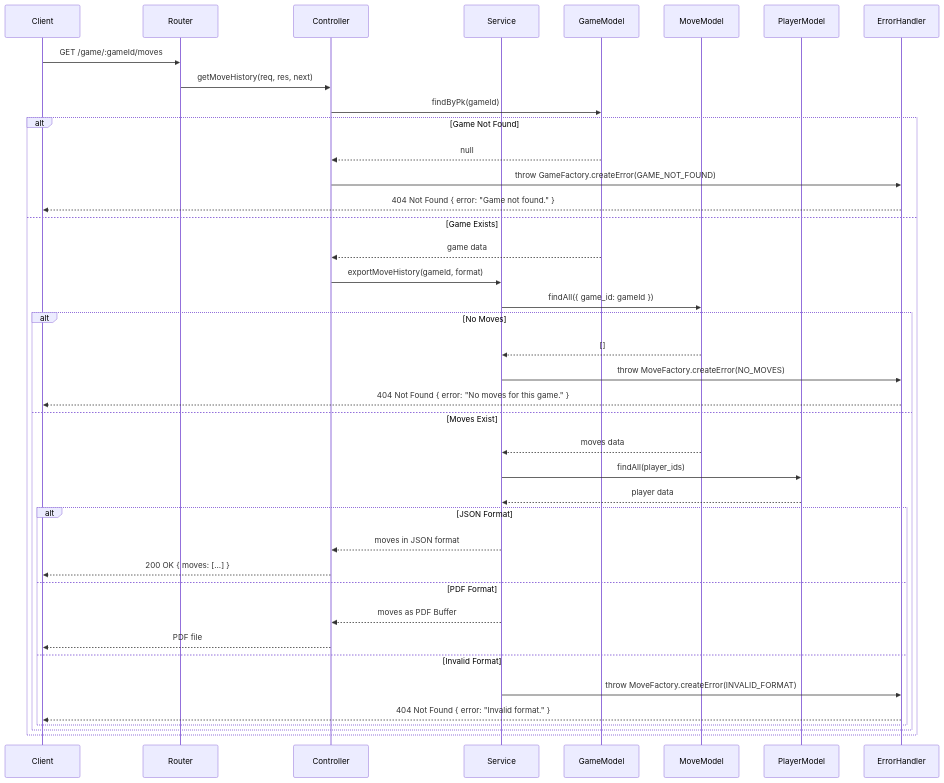
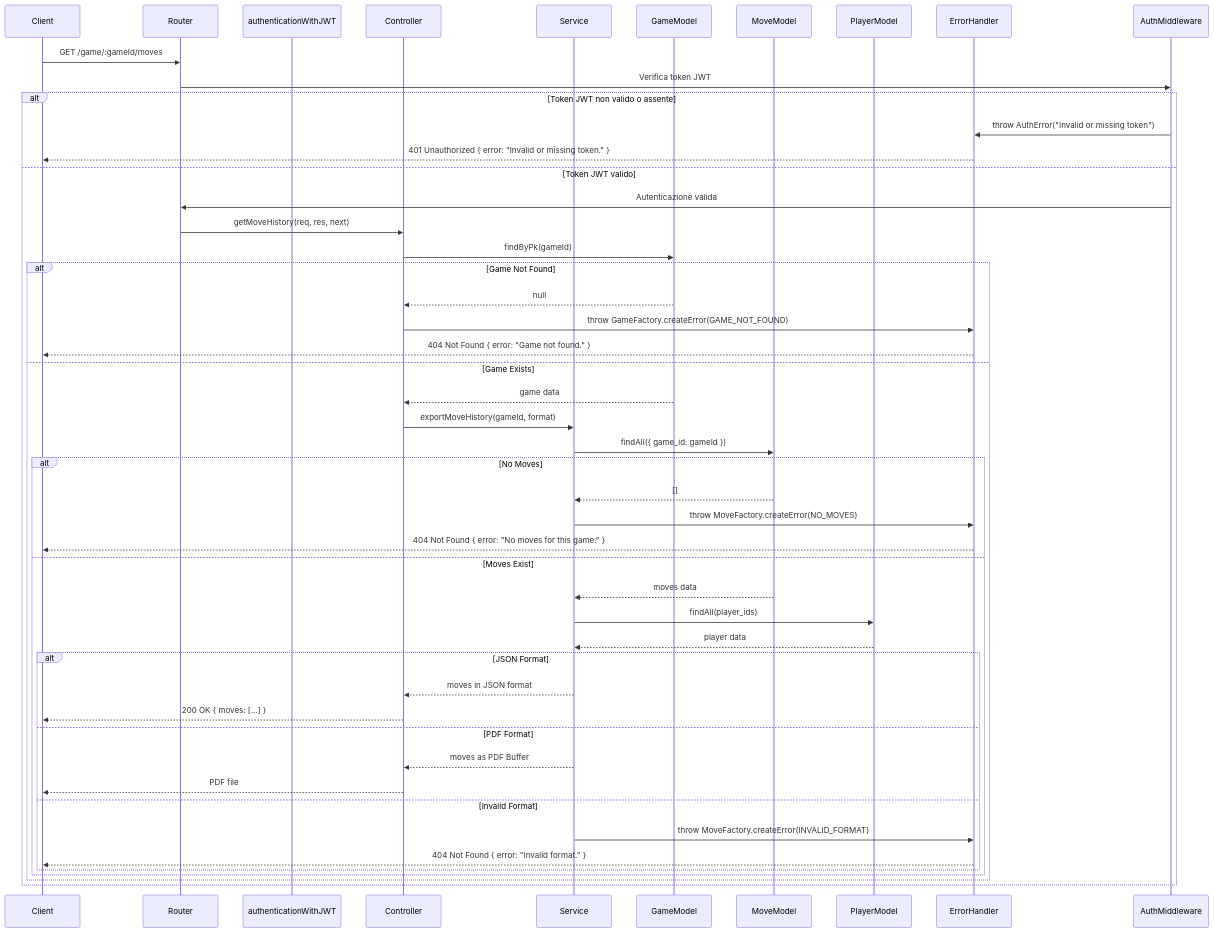
One commit to AndreaMarini01/progetto_PA changed the fifth of 12 diagrams in README.md. Above: the diagram before and after it, drawn with Mermaid. The commit also changed other lines of this file, not shown here.

````diff
--- a/README.md
+++ b/README.md
@@ -387,44 +387,53 @@
 ```mermaid
 sequenceDiagram
     participant Client
     participant Router
+    participant authMiddleware as authenticationWithJWT
     participant Controller
     participant Service
     participant GameModel
     participant MoveModel
     participant PlayerModel
     participant ErrorHandler
 
     Client->>Router: GET /game/:gameId/moves
-    Router->>Controller: getMoveHistory(req, res, next)
-    Controller->>GameModel: findByPk(gameId)
-    alt Game Not Found
-        GameModel-->>Controller: null
-        Controller->>ErrorHandler: throw GameFactory.createError(GAME_NOT_FOUND)
-        ErrorHandler-->>Client: 404 Not Found { error: "Game not found." }
-    else Game Exists
-        GameModel-->>Controller: game data
-        Controller->>Service: exportMoveHistory(gameId, format)
-        Service->>MoveModel: findAll({ game_id: gameId })
-        alt No Moves
-            MoveModel-->>Service: []
-            Service->>ErrorHandler: throw MoveFactory.createError(NO_MOVES)
-            ErrorHandler-->>Client: 404 Not Found { error: "No moves for this game." }
-        else Moves Exist
-            MoveModel-->>Service: moves data
-            Service->>PlayerModel: findAll(player_ids)
-            PlayerModel-->>Service: player data
-            alt JSON Format
-                Service-->>Controller: moves in JSON format
-                Controller-->>Client: 200 OK { moves: [...] }
-            else PDF Format
-                Service-->>Controller: moves as PDF Buffer
-                Controller-->>Client: PDF file
-            else Invalid Format
-                Service->>ErrorHandler: throw MoveFactory.createError(INVALID_FORMAT)
-                ErrorHandler-->>Client: 404 Not Found { error: "Invalid format." }
+    Router->>AuthMiddleware: Verifica token JWT
+    alt Token JWT non valido o assente
+        AuthMiddleware->>ErrorHandler: throw AuthError("Invalid or missing token")
+        ErrorHandler-->>Client: 401 Unauthorized { error: "Invalid or missing token." } 
+    else Token JWT valido
+        AuthMiddleware->>Router: Autenticazione valida
+        Router->>Controller: getMoveHistory(req, res, next)
+        Controller->>GameModel: findByPk(gameId)
+
+        alt Game Not Found
+            GameModel-->>Controller: null
+            Controller->>ErrorHandler: throw GameFactory.createError(GAME_NOT_FOUND)
+            ErrorHandler-->>Client: 404 Not Found { error: "Game not found." }
+        else Game Exists
+            GameModel-->>Controller: game data
+            Controller->>Service: exportMoveHistory(gameId, format)
+            Service->>MoveModel: findAll({ game_id: gameId })
+            alt No Moves
+                MoveModel-->>Service: []
+                Service->>ErrorHandler: throw MoveFactory.createError(NO_MOVES)
+                ErrorHandler-->>Client: 404 Not Found { error: "No moves for this game." }
+            else Moves Exist
+                MoveModel-->>Service: moves data
+                Service->>PlayerModel: findAll(player_ids)
+                PlayerModel-->>Service: player data
+                alt JSON Format
+                    Service-->>Controller: moves in JSON format
+                    Controller-->>Client: 200 OK { moves: [...] }
+                else PDF Format
+                    Service-->>Controller: moves as PDF Buffer
+                    Controller-->>Client: PDF file
+                else Invalid Format
+                    Service->>ErrorHandler: throw MoveFactory.createError(INVALID_FORMAT)
+                    ErrorHandler-->>Client: 404 Not Found { error: "Invalid format." }
+                end
             end
         end
-    end
+    end    
 
 ```
````
